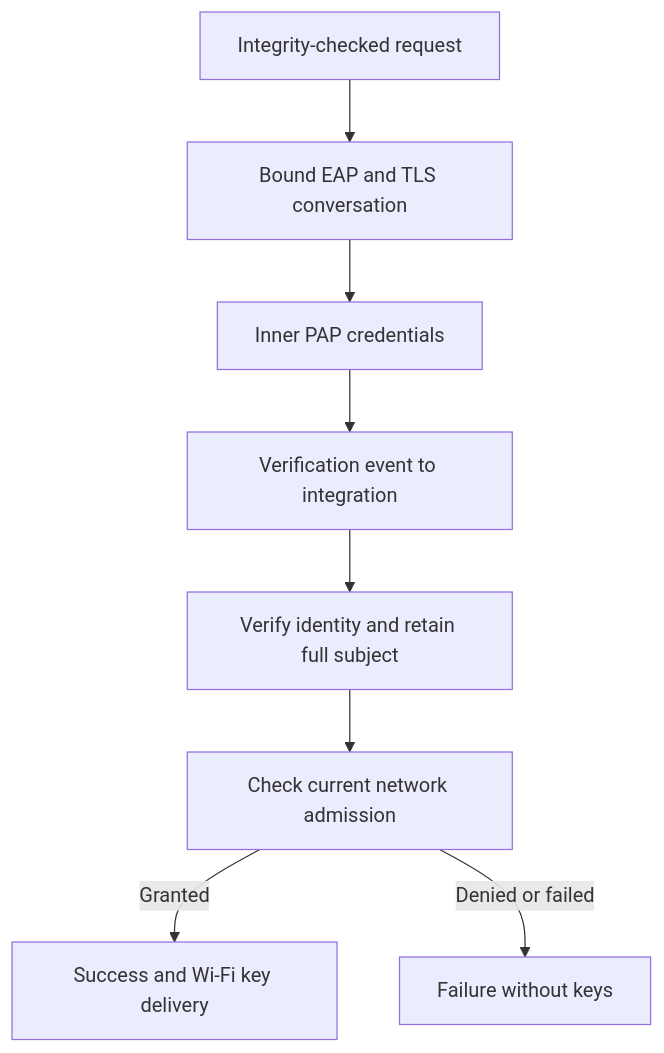
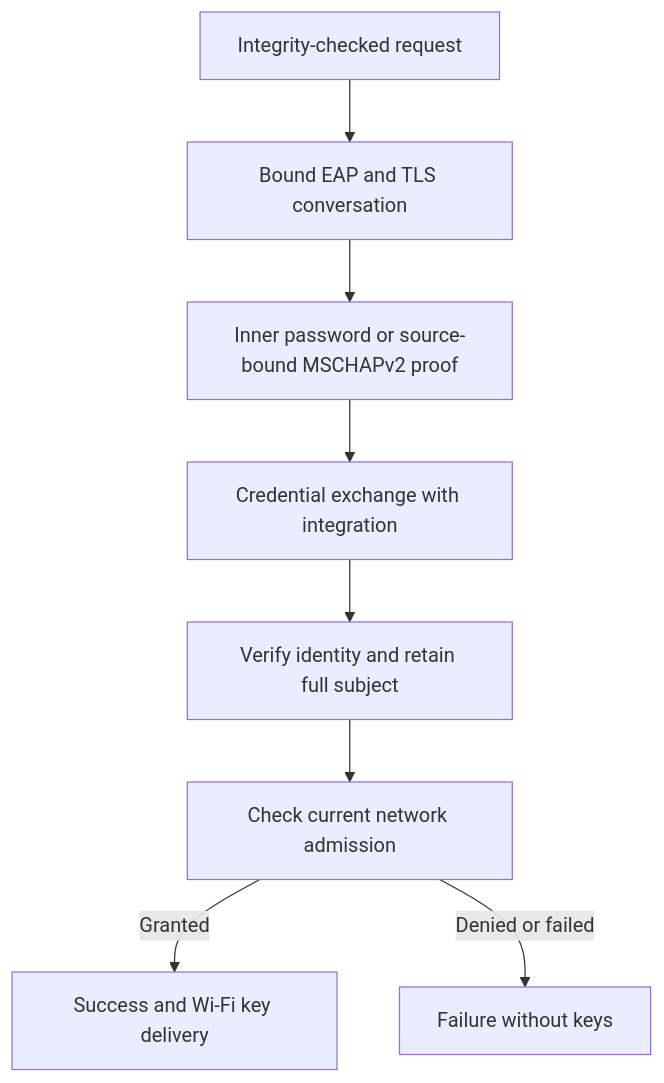
Before and after one commit to peios/radius: the diagram in docs/learn/1--peios.shelf/peios.product/400--reference.antho/200--trms.shelf/900--radius.book/1--architecture.md, drawn with Mermaid. The commit also changed other lines of this file and 25 other files, not shown here.

First line of the commit message:
feat(auth): add PEAP with source-verified MSCHAPv2

````diff
--- a/docs/learn/1--peios.shelf/peios.product/400--reference.antho/200--trms.shelf/900--radius.book/1--architecture.md
+++ b/docs/learn/1--peios.shelf/peios.product/400--reference.antho/200--trms.shelf/900--radius.book/1--architecture.md
@@ -30,10 +30,10 @@
 ```mermaid
 flowchart TD
     A[Integrity-checked request] --> B[Bound EAP and TLS conversation]
-    B --> C[Inner PAP credentials]
-    C --> D[Verification event to integration]
+    B --> C[Inner password or source-bound MSCHAPv2 proof]
+    C --> D[Credential exchange with integration]
     D --> E[Verify identity and retain full subject]
     E --> F[Check current network admission]
     F -->|Granted| G[Success and Wi-Fi key delivery]
     F -->|Denied or failed| H[Failure without keys]
 ```
````
